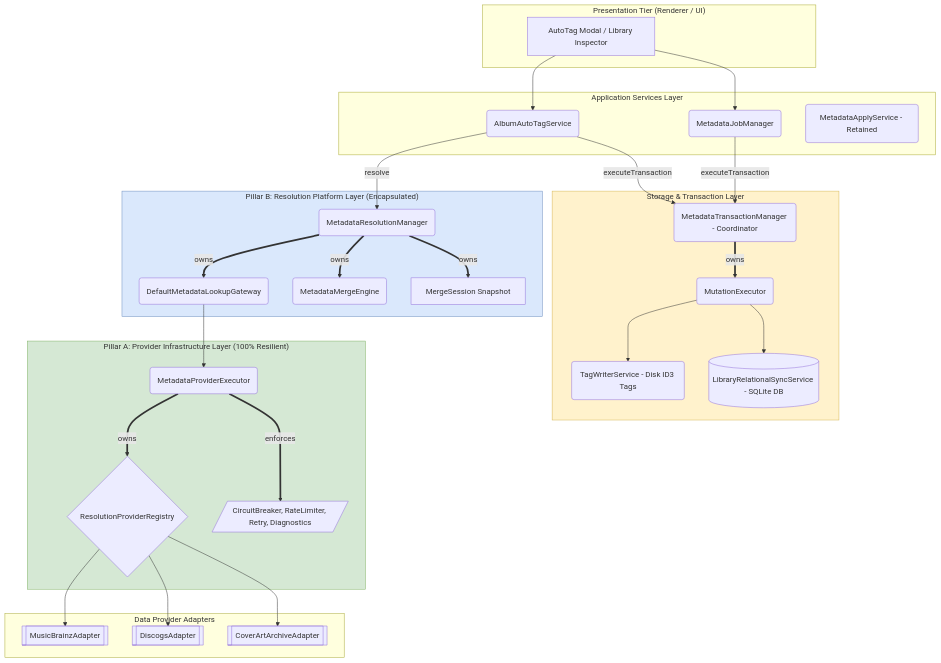
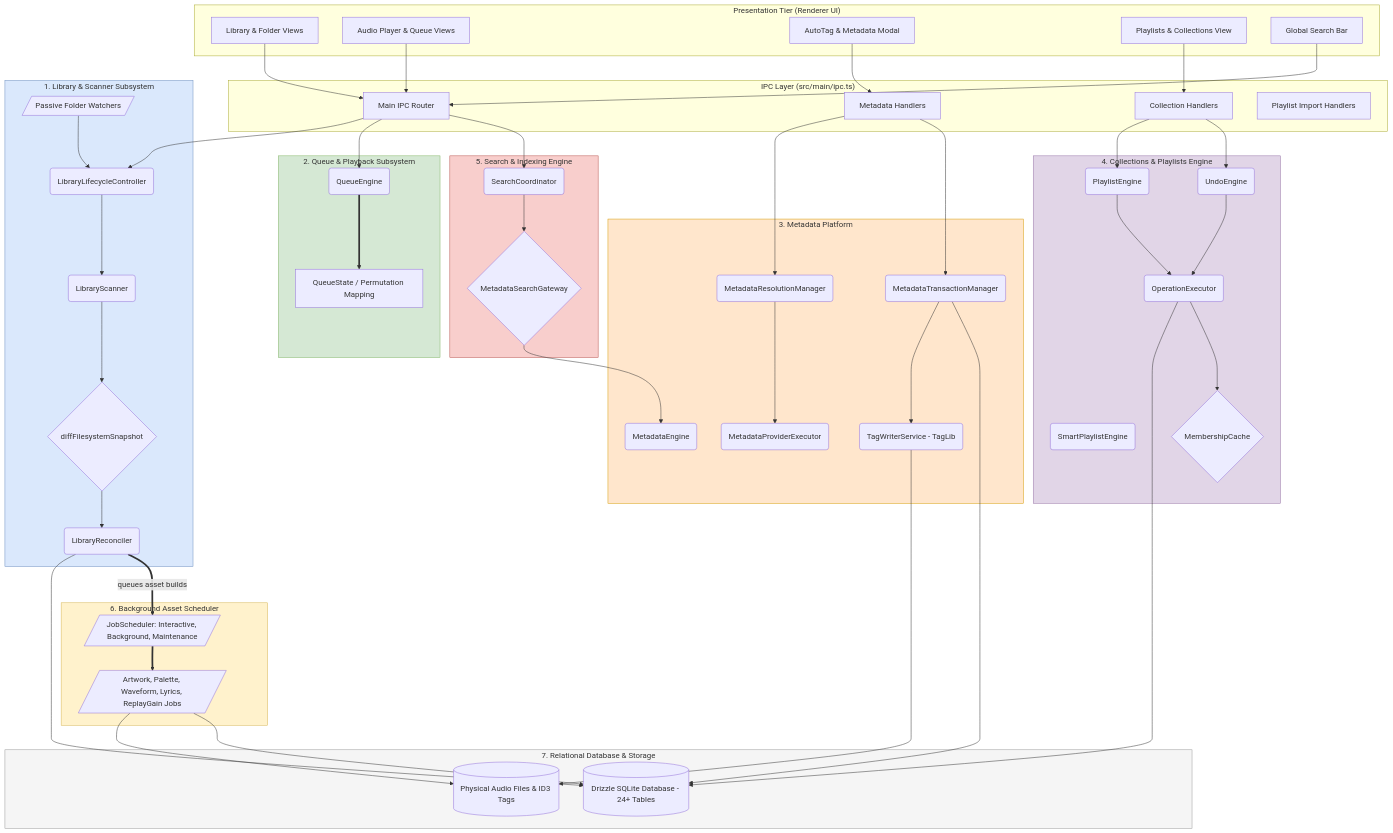
The second of 3 diagrams in architecture/01_System_Overview.md (vnyvk2/Sita), drawn with Mermaid before and after one commit. The commit also changed other lines of this file and 14 other files, not shown here.

Commit message:
docs(architecture): complete Nora Architecture Atlas and comprehensive subsystem graphs

````diff
--- a/architecture/01_System_Overview.md
+++ b/architecture/01_System_Overview.md
@@ -9,65 +65,109 @@
 ```mermaid
 graph TD
-    subgraph Pres ["Presentation Tier (Renderer / UI)"]
-        UI[AutoTag Modal / Library Inspector]
+    subgraph Pres ["Presentation Tier (Renderer UI)"]
+        UI_Library[Library & Folder Views]
+        UI_Player[Audio Player & Queue Views]
+        UI_AutoTag[AutoTag & Metadata Modal]
+        UI_Playlists[Playlists & Collections View]
+        UI_Search[Global Search Bar]
     end
 
-    subgraph App ["Application Services Layer"]
-        AutoTagSvc(AlbumAutoTagService)
-        JobMgr(MetadataJobManager)
-        ApplySvc(MetadataApplyService - Retained)
+    subgraph IPC_Bridge ["IPC Layer (src/main/ipc.ts)"]
+        IPC_Main[Main IPC Router]
+        IPC_Meta[Metadata Handlers]
+        IPC_Coll[Collection Handlers]
+        IPC_Import[Playlist Import Handlers]
     end
 
-    subgraph PillarB ["Pillar B: Resolution Platform Layer (Encapsulated)"]
-        ResMgr(MetadataResolutionManager)
-        LookupGW(DefaultMetadataLookupGateway)
-        MergeEngine(MetadataMergeEngine)
-        MergeSession[MergeSession Snapshot]
+    subgraph Sub_Library ["1. Library & Scanner Subsystem"]
+        Lifecycle(LibraryLifecycleController)
+        Scanner(LibraryScanner)
+        DiffEng{diffFilesystemSnapshot}
+        Reconciler(LibraryReconciler)
+        Watcher[/Passive Folder Watchers/]
     end
 
-    subgraph PillarA ["Pillar A: Provider Infrastructure Layer (100% Resilient)"]
-        ProvExec(MetadataProviderExecutor)
-        ProvReg{ResolutionProviderRegistry}
-        Resilience[/CircuitBreaker, RateLimiter, Retry, Diagnostics/]
+    subgraph Sub_Queue ["2. Queue & Playback Subsystem"]
+        QEngine(QueueEngine)
+        QState[QueueState / Permutation Mapping]
     end
 
-    subgraph Adapters ["Data Provider Adapters"]
-        MB[[MusicBrainzAdapter]]
-        Discogs[[DiscogsAdapter]]
-        CAA[[CoverArtArchiveAdapter]]
+    subgraph Sub_Metadata ["3. Metadata Platform"]
+        MetaEng(MetadataEngine)
+        ResMgr(MetadataResolutionManager)
+        ProvExec(MetadataProviderExecutor)
+        TxMgr(MetadataTransactionManager)
+        TagWriter(TagWriterService - TagLib)
     end
 
-    subgraph Storage ["Storage & Transaction Layer"]
-        TxMgr(MetadataTransactionManager - Coordinator)
-        MutExec(MutationExecutor)
-        TagWriter(TagWriterService - Disk ID3 Tags)
-        DBSync[(LibraryRelationalSyncService - SQLite DB)]
+    subgraph Sub_Collections ["4. Collections & Playlists Engine"]
+        PlEngine(PlaylistEngine)
+        SmartPlEngine(SmartPlaylistEngine)
+        UndoEng(UndoEngine)
+        OpExec(OperationExecutor)
+        MemCache{MembershipCache}
     end
 
-    UI --> AutoTagSvc
-    UI --> JobMgr
+    subgraph Sub_Search ["5. Search & Indexing Engine"]
+        SearchCoord(SearchCoordinator)
+        SearchHydrator{MetadataSearchGateway}
+    end
 
-    AutoTagSvc -->|resolve| ResMgr
-    AutoTagSvc -->|executeTransaction| TxMgr
-    JobMgr -->|executeTransaction| TxMgr
+    subgraph Sub_Workers ["6. Background Asset Scheduler"]
+        Scheduler[/JobScheduler: Interactive, Background, Maintenance/]
+        Workers[/Artwork, Palette, Waveform, Lyrics, ReplayGain Jobs/]
+    end
 
-    ResMgr ==>|owns| LookupGW
-    ResMgr ==>|owns| MergeEngine
-    ResMgr ==>|owns| MergeSession
+    subgraph Sub_Storage ["7. Relational Database & Storage"]
+        DB[(Drizzle SQLite Database - 24+ Tables)]
+        Disk[(Physical Audio Files & ID3 Tags)]
+    end
 
-    LookupGW --> ProvExec
-    ProvExec ==>|owns| ProvReg
-    ProvExec ==>|enforces| Resilience
+    UI_Library --> IPC_Main
+    UI_Player --> IPC_Main
+    UI_AutoTag --> IPC_Meta
+    UI_Playlists --> IPC_Coll
+    UI_Search --> IPC_Main
 
-    ProvReg --> MB
-    ProvReg --> Discogs
-    ProvReg --> CAA
+    IPC_Main --> Lifecycle
+    IPC_Main --> QEngine
+    IPC_Main --> SearchCoord
+    IPC_Meta --> ResMgr
+    IPC_Meta --> TxMgr
+    IPC_Coll --> PlEngine
+    IPC_Coll --> UndoEng
 
-    TxMgr ==>|owns| MutExec
-    MutExec --> TagWriter
-    MutExec --> DBSync
+    Watcher --> Lifecycle
+    Lifecycle --> Scanner
+    Scanner --> DiffEng
+    DiffEng --> Reconciler
+    Reconciler --> DB
+    Reconciler ==>|queues asset builds| Scheduler
 
-    style PillarB fill:#dae8fc,stroke:#6c8ebf
-    style PillarA fill:#d5e8d4,stroke:#82b366
-    style Storage fill:#fff2cc,stroke:#d6b656
+    QEngine ==> QState
+
+    ResMgr --> ProvExec
+    TxMgr --> TagWriter
+    TagWriter --> Disk
+    TxMgr --> DB
+
+    PlEngine --> OpExec
+    OpExec --> DB
+    OpExec --> MemCache
+    UndoEng --> OpExec
+
+    SearchCoord --> SearchHydrator
+    SearchHydrator --> MetaEng
+
+    Scheduler ==> Workers
+    Workers --> Disk
+    Workers --> DB
+
+    style Sub_Library fill:#dae8fc,stroke:#6c8ebf
+    style Sub_Queue fill:#d5e8d4,stroke:#82b366
+    style Sub_Metadata fill:#ffe6cc,stroke:#d79b00
+    style Sub_Collections fill:#e1d5e7,stroke:#9673a6
+    style Sub_Search fill:#f8cecc,stroke:#b85450
+    style Sub_Workers fill:#fff2cc,stroke:#d6b656
+    style Sub_Storage fill:#f5f5f5,stroke:#999999
 ```
````
